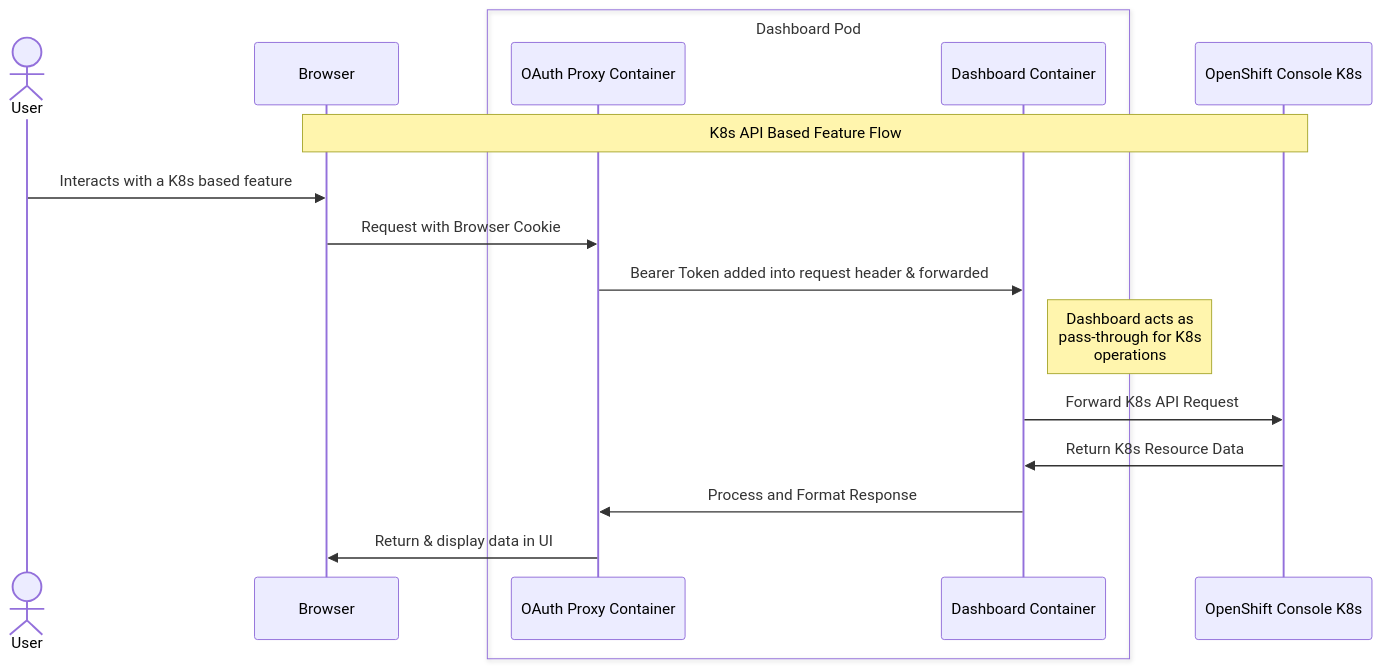
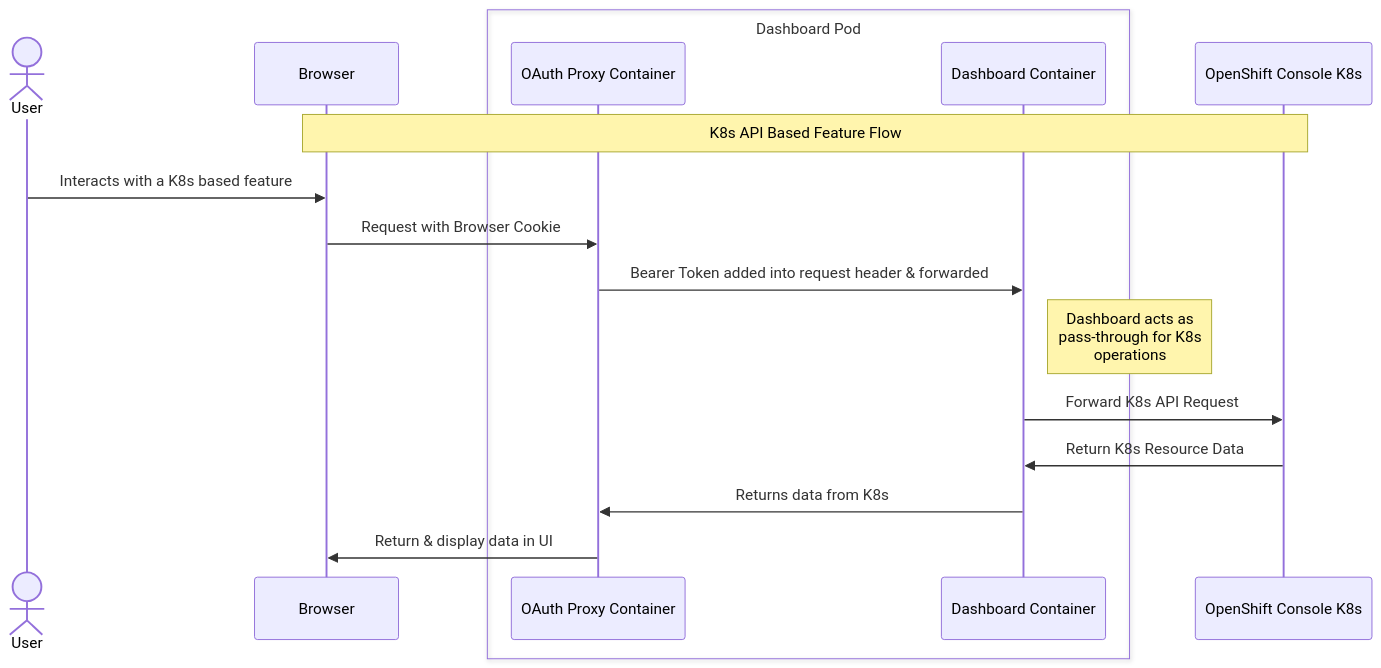
Before and after one commit to opendatahub-io/architecture-decision-records: the third of 4 diagrams in documentation/components/dashboard/README.md, drawn with Mermaid.

````diff
--- a/documentation/components/dashboard/README.md
+++ b/documentation/components/dashboard/README.md
@@ -88,23 +88,23 @@
 ```mermaid
 sequenceDiagram
     actor User
     participant Browser
     box Dashboard Pod
     participant OAuthProxy as OAuth Proxy Container
     participant Dashboard as Dashboard Container
     end
     participant OpenShift as OpenShift Console K8s
 
     Note over Browser,OpenShift: K8s API Based Feature Flow
     
     User->>Browser: Interacts with a K8s based feature
     Browser->>OAuthProxy: Request with Browser Cookie
     OAuthProxy->>Dashboard: Bearer Token added into request header & forwarded
     
     Note right of Dashboard: Dashboard acts as<br/>pass-through for K8s<br/>operations
     
     Dashboard->>OpenShift: Forward K8s API Request
     OpenShift->>Dashboard: Return K8s Resource Data
-    Dashboard->>OAuthProxy: Process and Format Response
+    Dashboard->>OAuthProxy: Returns data from K8s
     OAuthProxy->>Browser: Return & display data in UI
 ```
````
